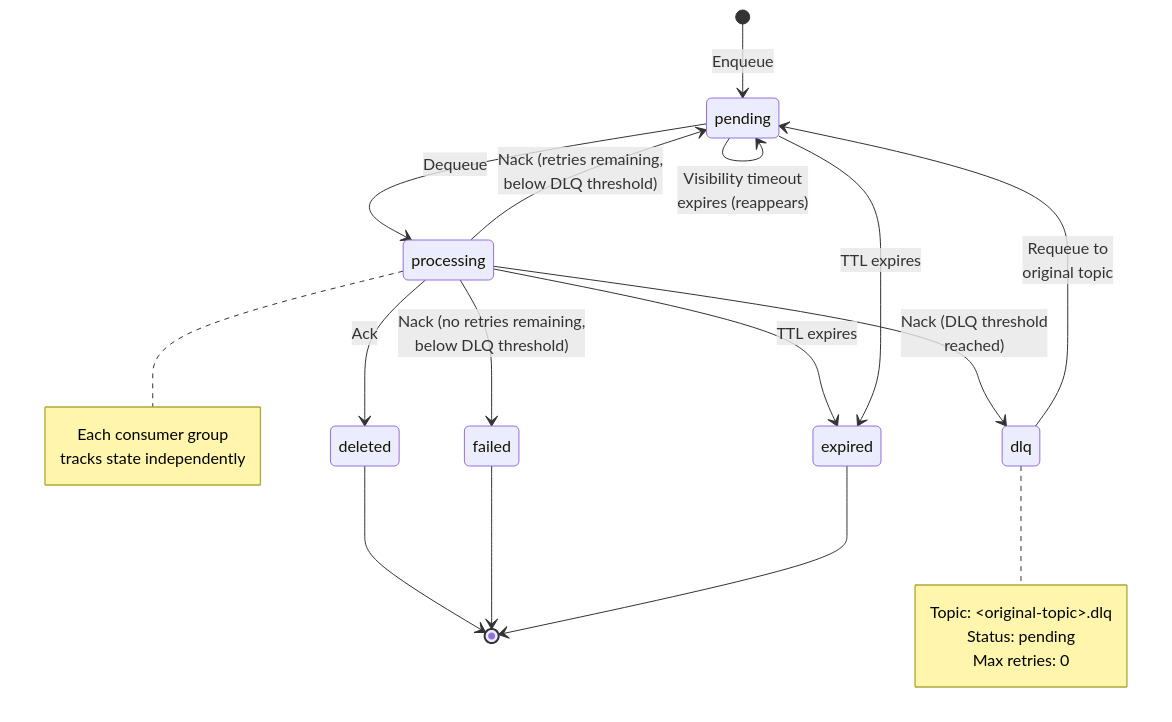
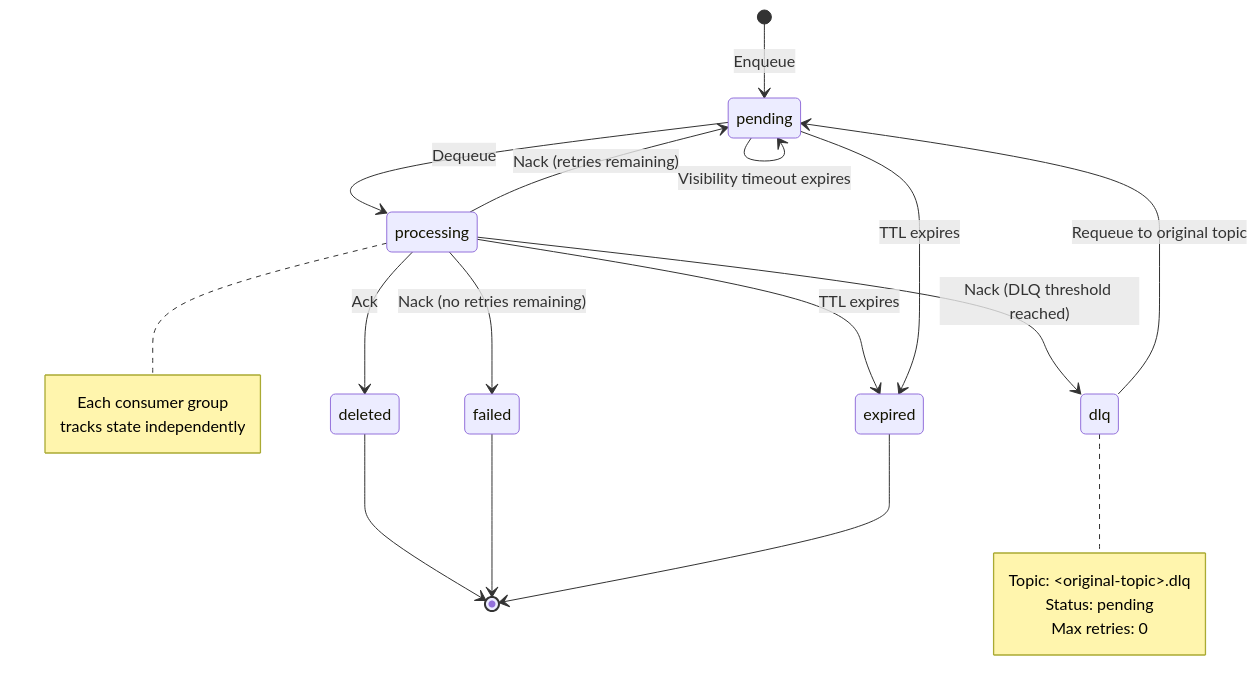
Before and after one commit to Joessst-Dev/queue-ti: the diagram in docs/guide/concepts.md, drawn with Mermaid. The commit also changed other lines of this file and 4 other files, not shown here.

````diff
--- a/docs/guide/concepts.md
+++ b/docs/guide/concepts.md
@@ -55,32 +55,32 @@
 ```mermaid
 stateDiagram-v2
     [*] --> pending: Enqueue
 
     pending --> processing: Dequeue
     
     processing --> deleted: Ack
-    processing --> pending: Nack (retries remaining,<br/>below DLQ threshold)
-    processing --> failed: Nack (no retries remaining,<br/>below DLQ threshold)
-    processing --> dlq: Nack (DLQ threshold<br/>reached)
+    processing --> pending: Nack (retries remaining)
+    processing --> failed: Nack (no retries remaining)
+    processing --> dlq: Nack (DLQ threshold reached)
     processing --> expired: TTL expires
     
     pending --> expired: TTL expires
-    pending --> pending: Visibility timeout<br/>expires (reappears)
+    pending --> pending: Visibility timeout expires
     
-    dlq --> pending: Requeue to<br/>original topic
+    dlq --> pending: Requeue to original topic
     
     deleted --> [*]
     failed --> [*]
     expired --> [*]
     
     note right of dlq
         Topic: &lt;original-topic&gt;.dlq
         Status: pending
         Max retries: 0
     end note
     
     note right of processing
         Each consumer group
         tracks state independently
     end note
 ```
````
